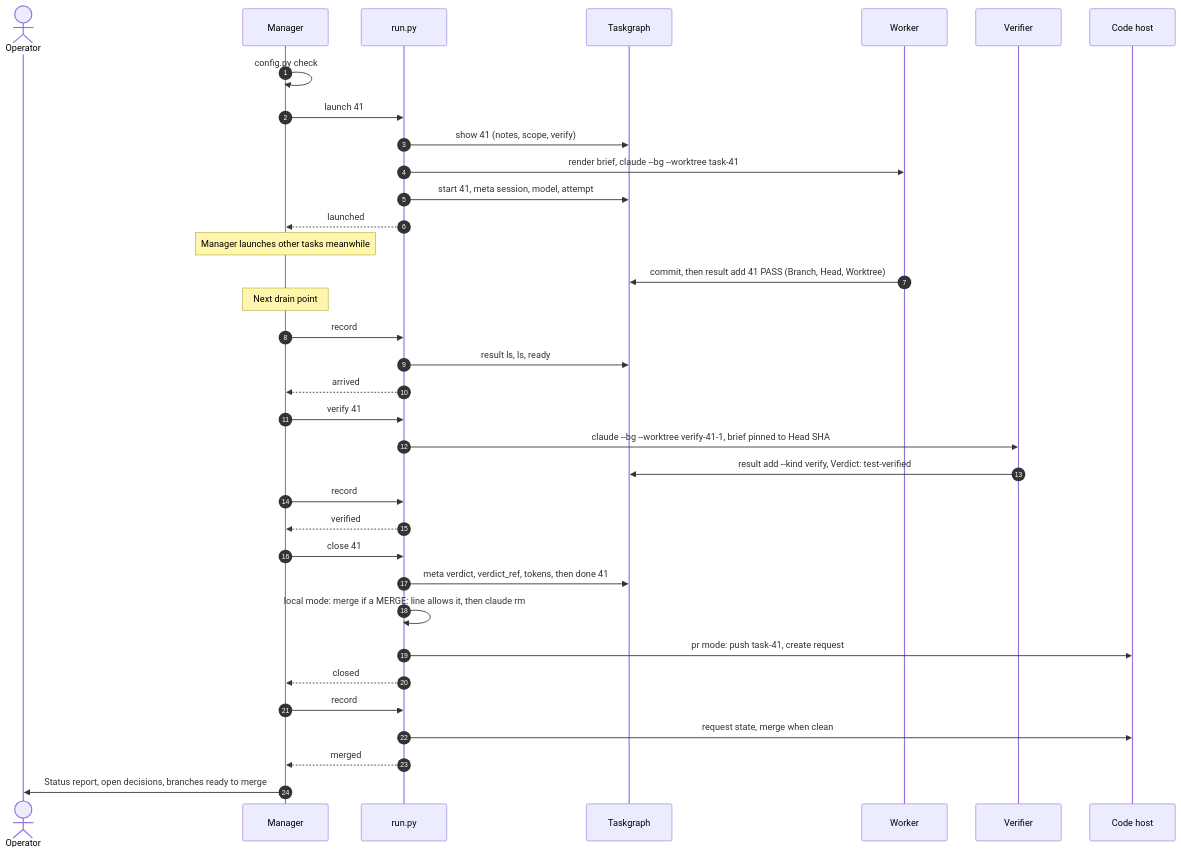
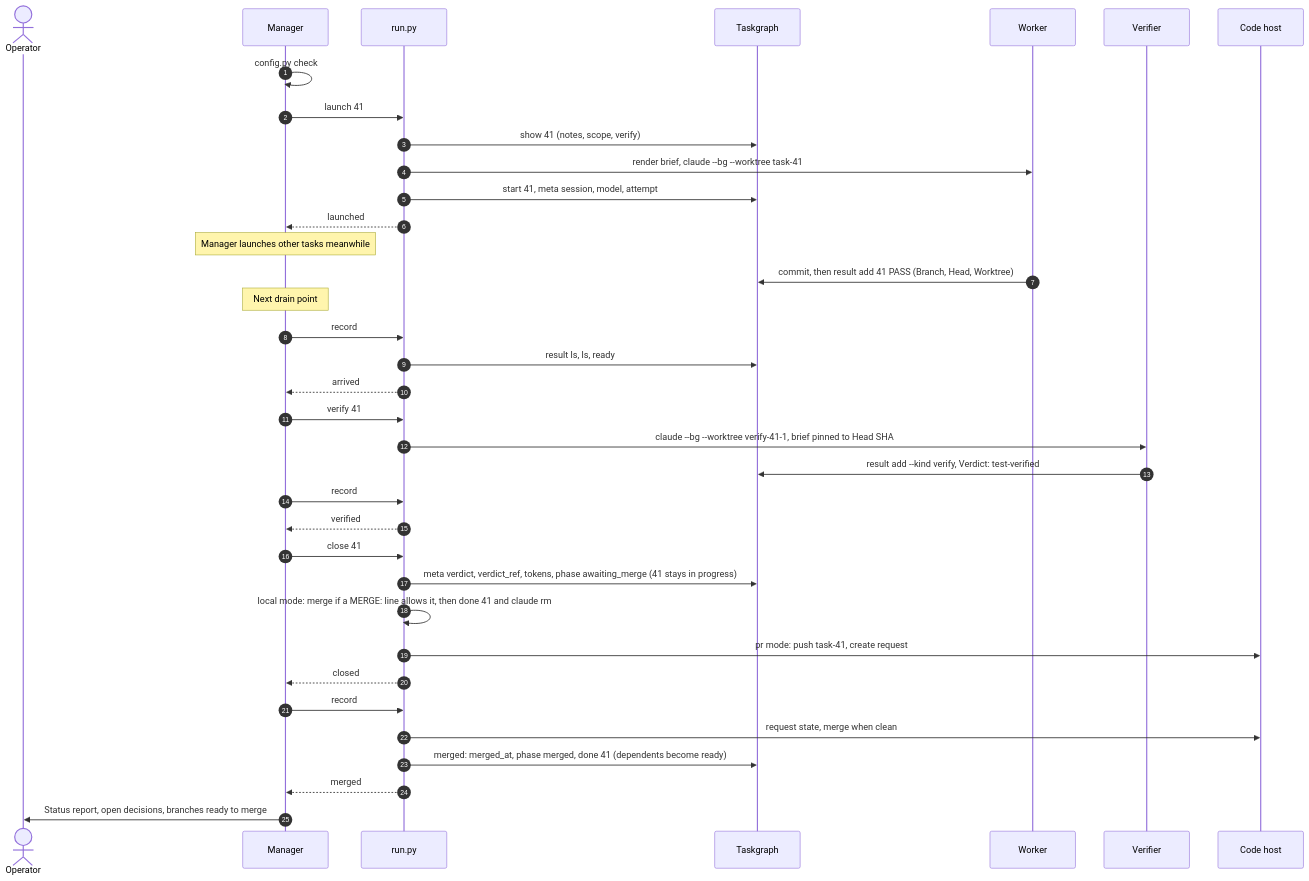
The diagram in plugins/agentic-team/assets/diagrams/sequence.mmd (ronicayu/ronica-skills), drawn with Mermaid before and after one commit. The commit also changed 6 other files, not shown here.

First line of the commit message:
agentic-team 0.19.0: TLC results and diagrams for done-after-merge

```diff
--- a/plugins/agentic-team/assets/diagrams/sequence.mmd
+++ b/plugins/agentic-team/assets/diagrams/sequence.mmd
@@ -1,36 +1,37 @@
 sequenceDiagram
   autonumber
   actor OP as Operator
   participant M as Manager
   participant R as run.py
   participant TG as Taskgraph
   participant W as Worker
   participant V as Verifier
   participant H as Code host
 
   M->>M: config.py check
   M->>R: launch 41
   R->>TG: show 41 (notes, scope, verify)
   R->>W: render brief, claude --bg --worktree task-41
   R->>TG: start 41, meta session, model, attempt
   R-->>M: launched #41 attempt 1
   Note over M: Manager launches other tasks meanwhile
   W->>TG: commit, then result add 41 PASS (Branch, Head, Worktree)
   Note over M: Next drain point
   M->>R: record
   R->>TG: result ls, ls, ready
   R-->>M: arrived #41 attempt 1: PASS
   M->>R: verify 41
   R->>V: claude --bg --worktree verify-41-1, brief pinned to Head SHA
   V->>TG: result add --kind verify, Verdict: test-verified
   M->>R: record
   R-->>M: verified #41 attempt 1: Verdict test-verified
   M->>R: close 41
-  R->>TG: meta verdict, verdict_ref, tokens, then done 41
-  R->>R: local mode: merge if a MERGE: line allows it, then claude rm
+  R->>TG: meta verdict, verdict_ref, tokens, phase awaiting_merge (41 stays in progress)
+  R->>R: local mode: merge if a MERGE: line allows it, then done 41 and claude rm
   R->>H: pr mode: push task-41, create request
   R-->>M: closed #41, then merged or ready-to-merge
   M->>R: record
   R->>H: request state, merge when clean
+  R->>TG: merged: merged_at, phase merged, done 41 (dependents become ready)
   R-->>M: merged #41, or the request state
   M->>OP: Status report, open decisions, branches ready to merge
```
